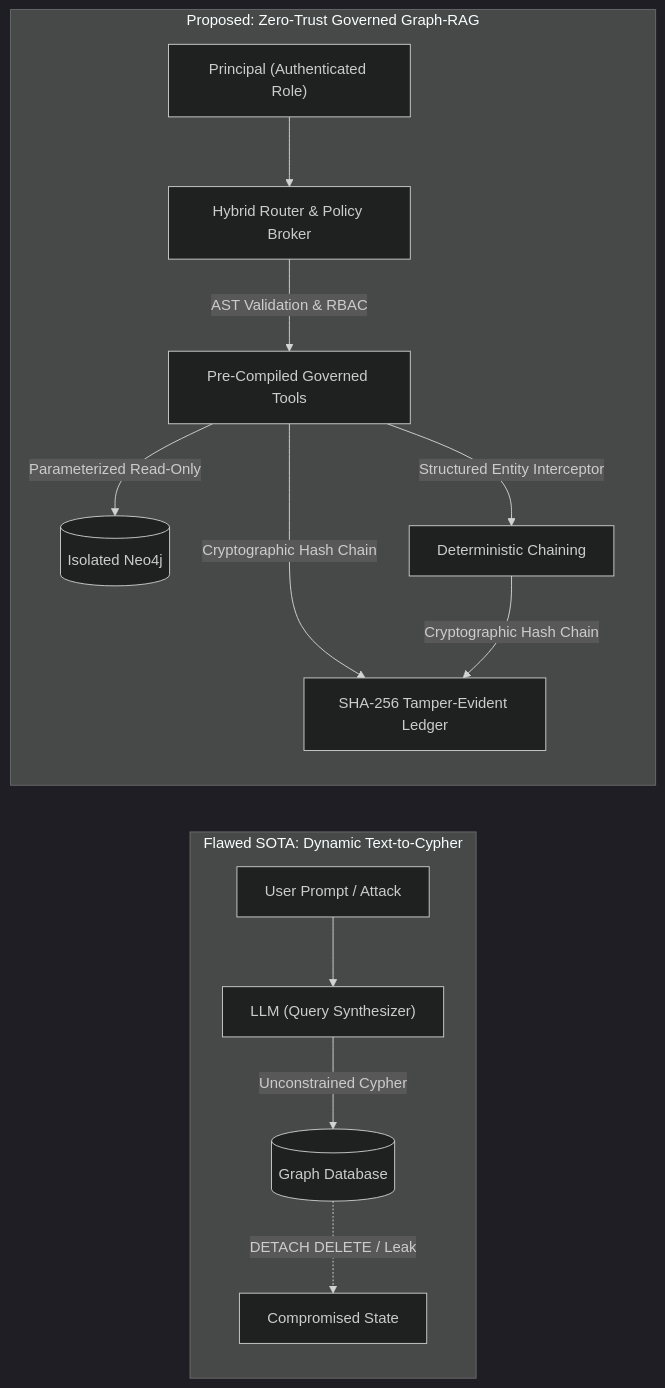
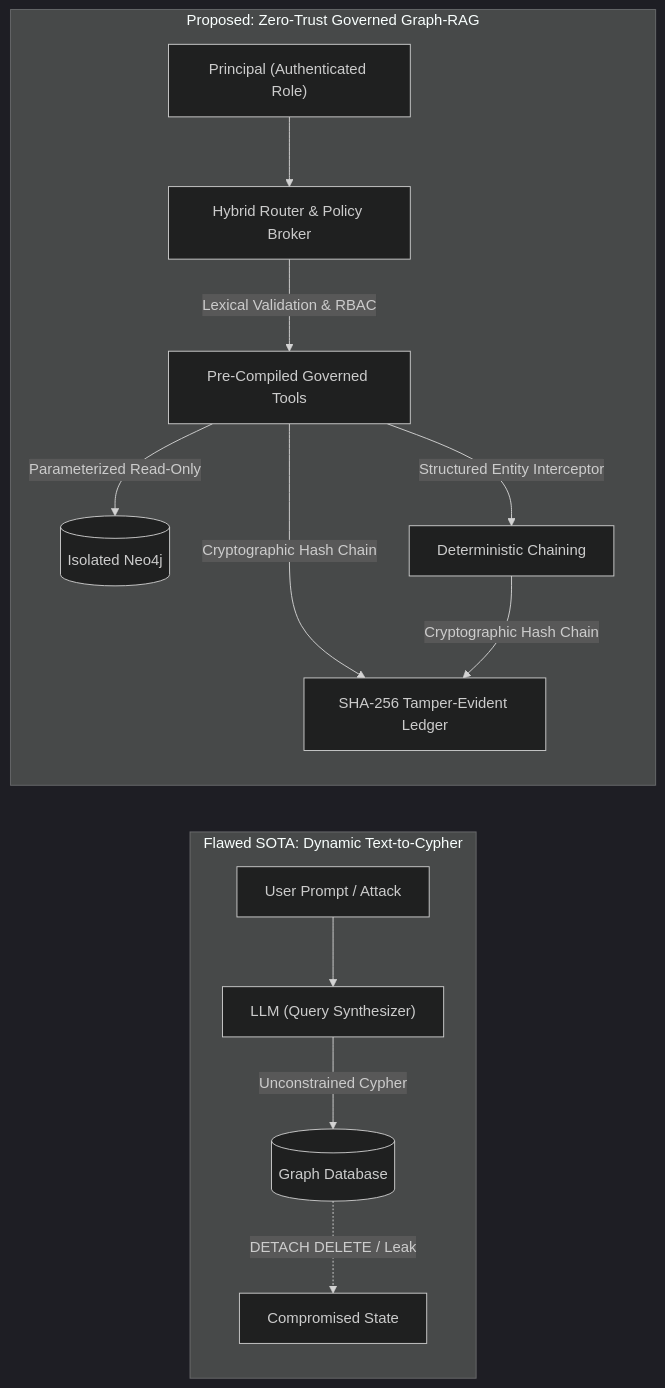
Before and after one commit to Kiran-Bodireddy/Campusbot: the first of 2 diagrams in docs/IEEE_PAPER_DRAFT_ZERO_TRUST_GRAPH_RAG.md, drawn with Mermaid (dark theme). The commit also changed other lines of this file and 1 other file, not shown here.

Commit message:
docs(paper): correct empirical claims, graph counts, lexical validator terminology, and PII masking architecture

````diff
--- a/docs/IEEE_PAPER_DRAFT_ZERO_TRUST_GRAPH_RAG.md
+++ b/docs/IEEE_PAPER_DRAFT_ZERO_TRUST_GRAPH_RAG.md
@@ -26,16 +26,16 @@
 ```mermaid
 flowchart LR
     subgraph Traditional["Flawed SOTA: Dynamic Text-to-Cypher"]
         U1["User Prompt / Attack"] --> L1["LLM (Query Synthesizer)"]
         L1 -->|"Unconstrained Cypher"| DB1[("Graph Database")]
         DB1 -.->|"DETACH DELETE / Leak"| ATK["Compromised State"]
     end
 
     subgraph Proposed["Proposed: Zero-Trust Governed Graph-RAG"]
         U2["Principal (Authenticated Role)"] --> R2["Hybrid Router & Policy Broker"]
-        R2 -->|"AST Validation & RBAC"| T2["Pre-Compiled Governed Tools"]
+        R2 -->|"Lexical Validation & RBAC"| T2["Pre-Compiled Governed Tools"]
         T2 -->|"Parameterized Read-Only"| DB2[("Isolated Neo4j")]
         T2 -->|"Structured Entity Interceptor"| CH2["Deterministic Chaining"]
         T2 & CH2 -->|"Cryptographic Hash Chain"| AL2["SHA-256 Tamper-Evident Ledger"]
     end
 ```
````
